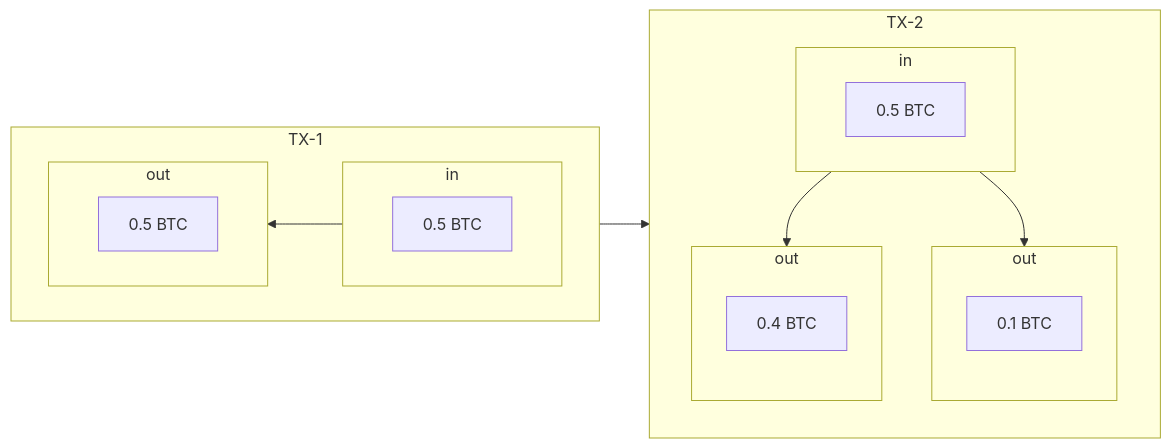
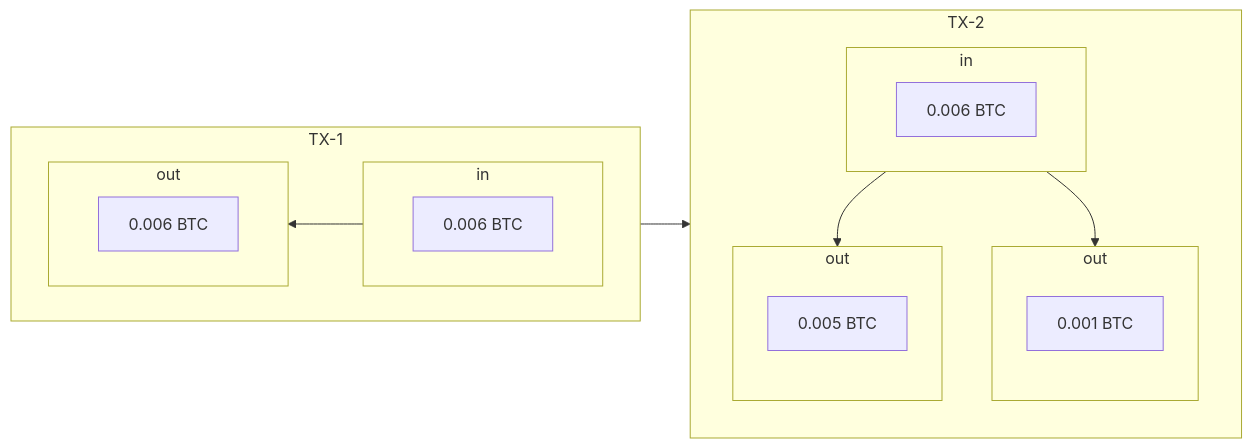
Before and after one commit to rschristopher/rschristopher.github.io: the second of 3 diagrams in src/custody/imperfect-metaphors.md, drawn with Mermaid. The commit also changed other lines of this file and 4 other files, not shown here.

````diff
--- a/src/custody/imperfect-metaphors.md
+++ b/src/custody/imperfect-metaphors.md
@@ -351,33 +243,33 @@
 ``` mermaid
 flowchart LR
   subgraph TX-1
     direction RL
     subgraph in-1[in]
         direction RL
-        a[0.5 BTC]
+        a[0.006 BTC]
     end
     subgraph out-1[out]
         direction RL
-        b[0.5 BTC]
+        b[0.006 BTC]
     end
   end
   subgraph TX-2
     direction TB
     subgraph in-2[in]
         direction RL
-        c[0.5 BTC]
+        c[0.006 BTC]
     end
     subgraph out-2[out]
         direction BT
-        d[0.1 BTC]
+        d[0.001 BTC]
     end
     subgraph out-2a[out]
         direction BT
-        e[0.4 BTC]
+        e[0.005 BTC]
     end
   end
   a --> b
   in-2 --> out-2
   in-2 --> out-2a
   b --> in-2
 ```
````
